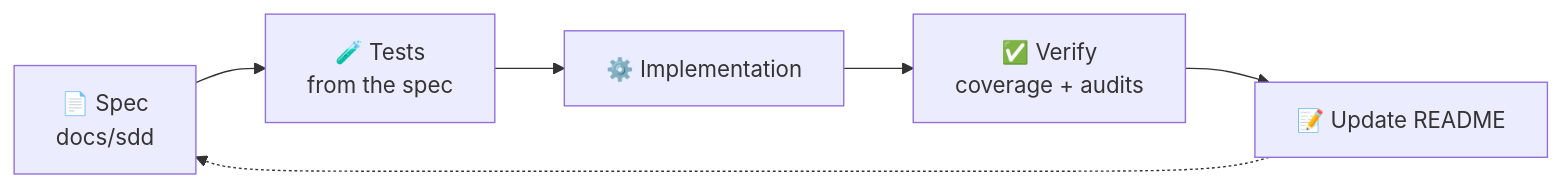
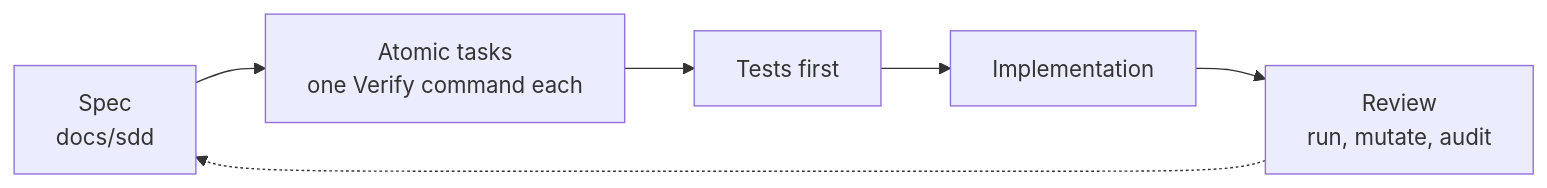
Before and after one commit to Valentina17varela/calculator-sz: the first of 2 diagrams in README.md, drawn with Mermaid. The commit also changed other lines of this file and 25 other files, not shown here.

````diff
--- a/README.md
+++ b/README.md
@@ -52,5 +25,5 @@
 ```mermaid
 flowchart LR
-    A["📄 Spec<br/>docs/sdd"] --> B["🧪 Tests<br/>from the spec"] --> C["⚙️ Implementation"] --> D["✅ Verify<br/>coverage + audits"] --> E["📝 Update README"]
+    A["Spec<br/>docs/sdd"] --> B["Atomic tasks<br/>one Verify command each"] --> C["Tests first"] --> D["Implementation"] --> E["Review<br/>run, mutate, audit"]
     E -.-> A
 ```
````
